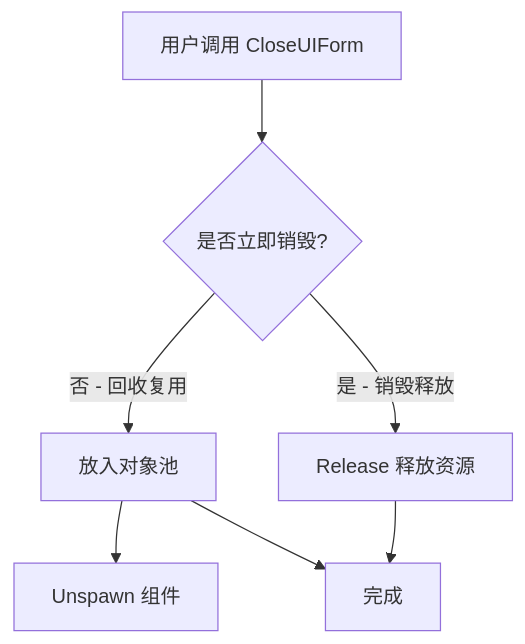
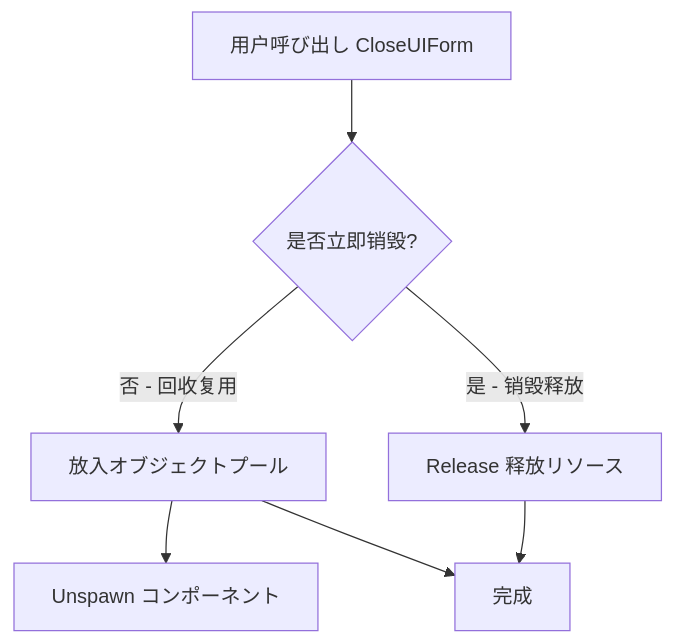
Before and after one commit to AlianBlank/GameFrameX.Docs: the third of 4 diagrams in docs/ja/client/unity/component/ui-fairygui/07.open-close-ui.md, drawn with Mermaid. The commit also changed other lines of this file and 603 other files, not shown here.

````diff
--- a/docs/ja/client/unity/component/ui-fairygui/07.open-close-ui.md
+++ b/docs/ja/client/unity/component/ui-fairygui/07.open-close-ui.md
@@ -146,11 +146,11 @@
 ```mermaid
 flowchart TD
-    Start[用户调用 CloseUIForm] --> Check{是否立即销毁?}
+    Start[用户呼び出し CloseUIForm] --> Check{是否立即销毁?}
     
-    Check -->|否 - 回收复用| Pool[放入对象池]
-    Pool --> Unspawn[Unspawn 组件]
-    Check -->|是 - 销毁释放| Release[Release 释放资源]
+    Check -->|否 - 回收复用| Pool[放入オブジェクトプール]
+    Pool --> Unspawn[Unspawn コンポーネント]
+    Check -->|是 - 销毁释放| Release[Release 释放リソース]
     
     Pool --> End[完成]
     Release --> End
 ```
````
